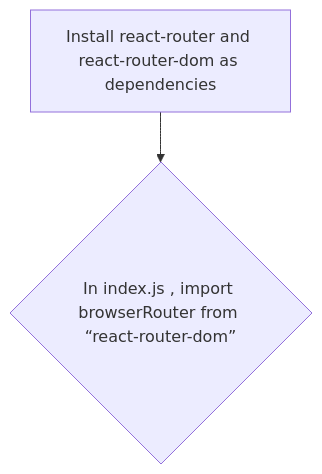
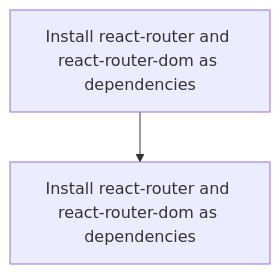
The diagram in Notes/Router/router.md (Apoorv266/neoG-assignments), drawn with Mermaid before and after one commit.

````diff
--- a/Notes/Router/router.md
+++ b/Notes/Router/router.md
@@ -5,5 +5,5 @@
 ```mermaid
 flowchart TD
-    A[Install react-router and react-router-dom as dependencies]-->B{In index.js , import browserRouter from “react-router-dom”};
+    A[Install react-router and react-router-dom as dependencies]-->B[Install react-router and react-router-dom as dependencies];
     
 ```
````
